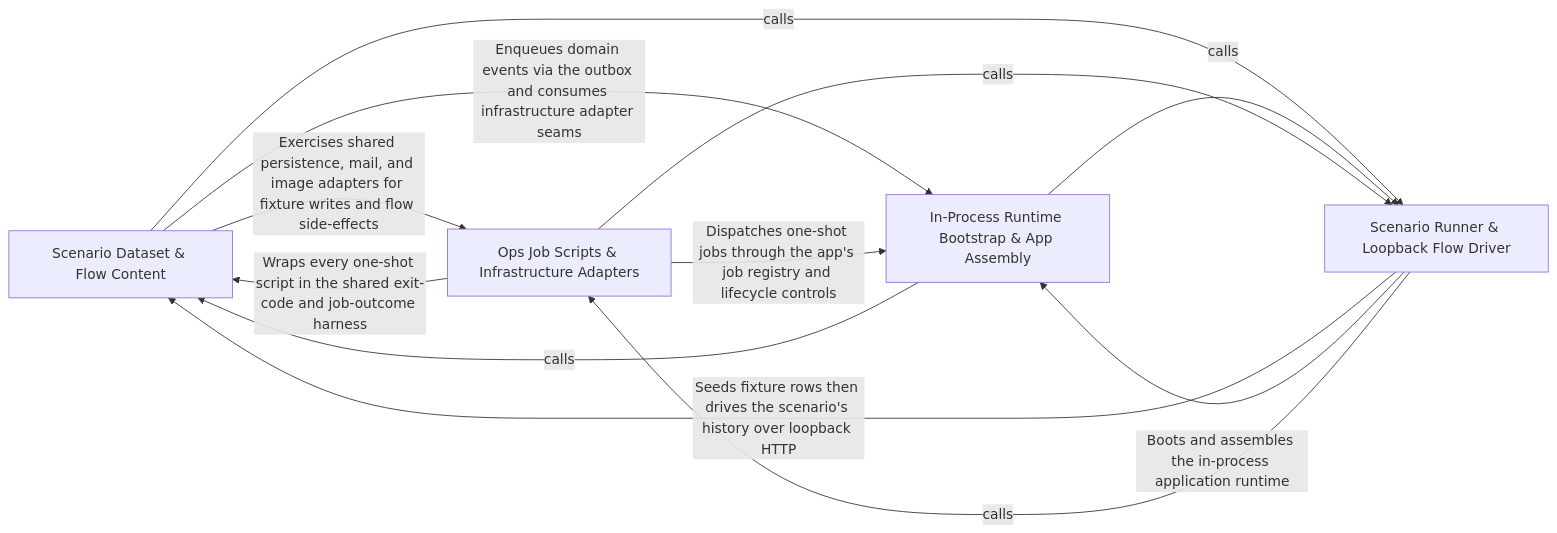
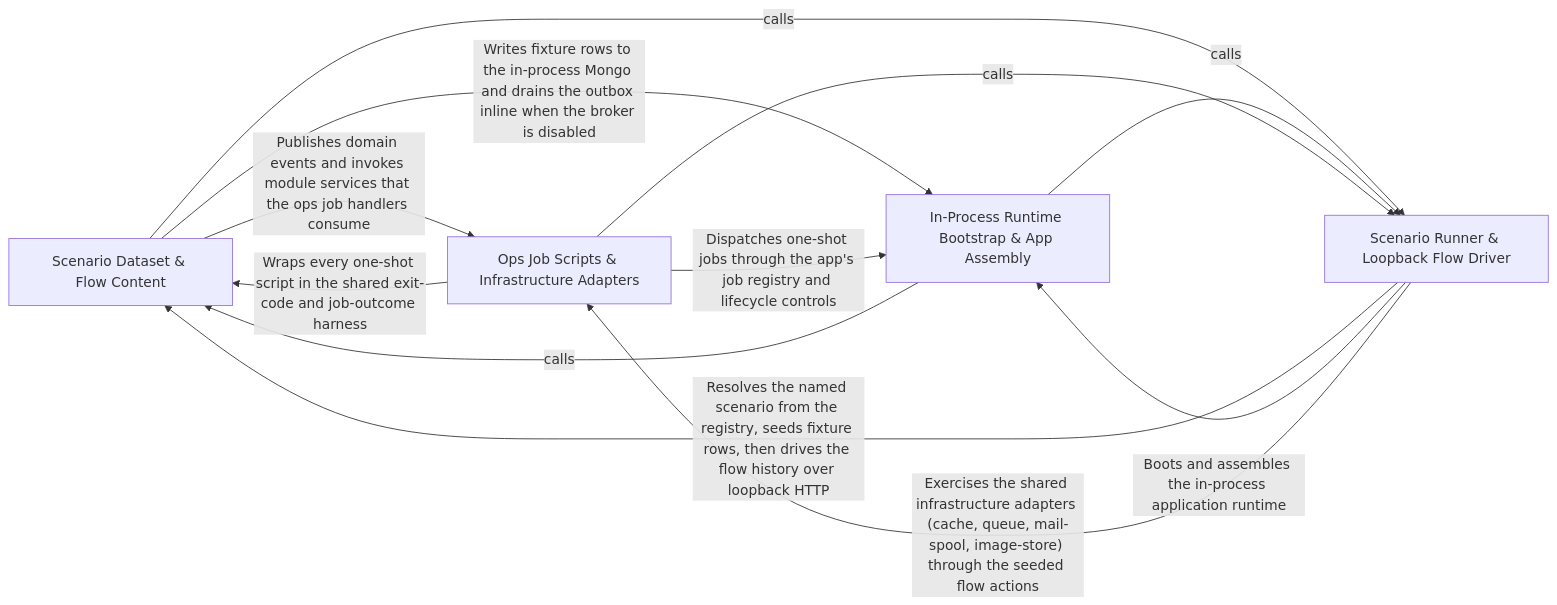
The diagram in .2brain/arch/Scenario_Runner_Flow_Driver.md (Guebbit/boilerplate-node-backend), drawn with Mermaid before and after one commit. The commit also changed other lines of this file and 1102 other files, not shown here.

````diff
--- a/.2brain/arch/Scenario_Runner_Flow_Driver.md
+++ b/.2brain/arch/Scenario_Runner_Flow_Driver.md
@@ -10,22 +10,22 @@
 ```mermaid
 graph LR
     Scenario_Dataset_Flow_Content["Scenario Dataset & Flow Content"]
     In_Process_Runtime_Bootstrap_App_Assembly["In-Process Runtime Bootstrap & App Assembly"]
     Scenario_Runner_Loopback_Flow_Driver["Scenario Runner & Loopback Flow Driver"]
     Ops_Job_Scripts_Infrastructure_Adapters["Ops Job Scripts & Infrastructure Adapters"]
-    Scenario_Dataset_Flow_Content -- "Exercises shared persistence, mail, and image adapters for fixture writes and flow side-effects" --> Ops_Job_Scripts_Infrastructure_Adapters
-    Scenario_Dataset_Flow_Content -- "Enqueues domain events via the outbox and consumes infrastructure adapter seams" --> In_Process_Runtime_Bootstrap_App_Assembly
+    Scenario_Dataset_Flow_Content -- "Publishes domain events and invokes module services that the ops job handlers consume" --> Ops_Job_Scripts_Infrastructure_Adapters
+    Scenario_Dataset_Flow_Content -- "Writes fixture rows to the in-process Mongo and drains the outbox inline when the broker is disabled" --> In_Process_Runtime_Bootstrap_App_Assembly
     Scenario_Dataset_Flow_Content -- "calls" --> Scenario_Runner_Loopback_Flow_Driver
     In_Process_Runtime_Bootstrap_App_Assembly -- "calls" --> Scenario_Dataset_Flow_Content
     In_Process_Runtime_Bootstrap_App_Assembly -- "calls" --> Scenario_Runner_Loopback_Flow_Driver
-    Scenario_Runner_Loopback_Flow_Driver -- "Seeds fixture rows then drives the scenario's history over loopback HTTP" --> Scenario_Dataset_Flow_Content
+    Scenario_Runner_Loopback_Flow_Driver -- "Resolves the named scenario from the registry, seeds fixture rows, then drives the flow history over loopback HTTP" --> Scenario_Dataset_Flow_Content
     Scenario_Runner_Loopback_Flow_Driver -- "Boots and assembles the in-process application runtime" --> In_Process_Runtime_Bootstrap_App_Assembly
-    Scenario_Runner_Loopback_Flow_Driver -- "calls" --> Ops_Job_Scripts_Infrastructure_Adapters
+    Scenario_Runner_Loopback_Flow_Driver -- "Exercises the shared infrastructure adapters (cache, queue, mail-spool, image-store) through the seeded flow actions" --> Ops_Job_Scripts_Infrastructure_Adapters
     Ops_Job_Scripts_Infrastructure_Adapters -- "Wraps every one-shot script in the shared exit-code and job-outcome harness" --> Scenario_Dataset_Flow_Content
     Ops_Job_Scripts_Infrastructure_Adapters -- "Dispatches one-shot jobs through the app's job registry and lifecycle controls" --> In_Process_Runtime_Bootstrap_App_Assembly
     Ops_Job_Scripts_Infrastructure_Adapters -- "calls" --> Scenario_Runner_Loopback_Flow_Driver
     click Scenario_Dataset_Flow_Content href "./Scenario_Dataset_Flow_Content.md" "Details"
     click In_Process_Runtime_Bootstrap_App_Assembly href "./In_Process_Runtime_Bootstrap_App_Assembly.md" "Details"
     click Scenario_Runner_Loopback_Flow_Driver href "./Scenario_Runner_Loopback_Flow_Driver.md" "Details"
     click Ops_Job_Scripts_Infrastructure_Adapters href "./Ops_Job_Scripts_Infrastructure_Adapters.md" "Details"
 ```
````
